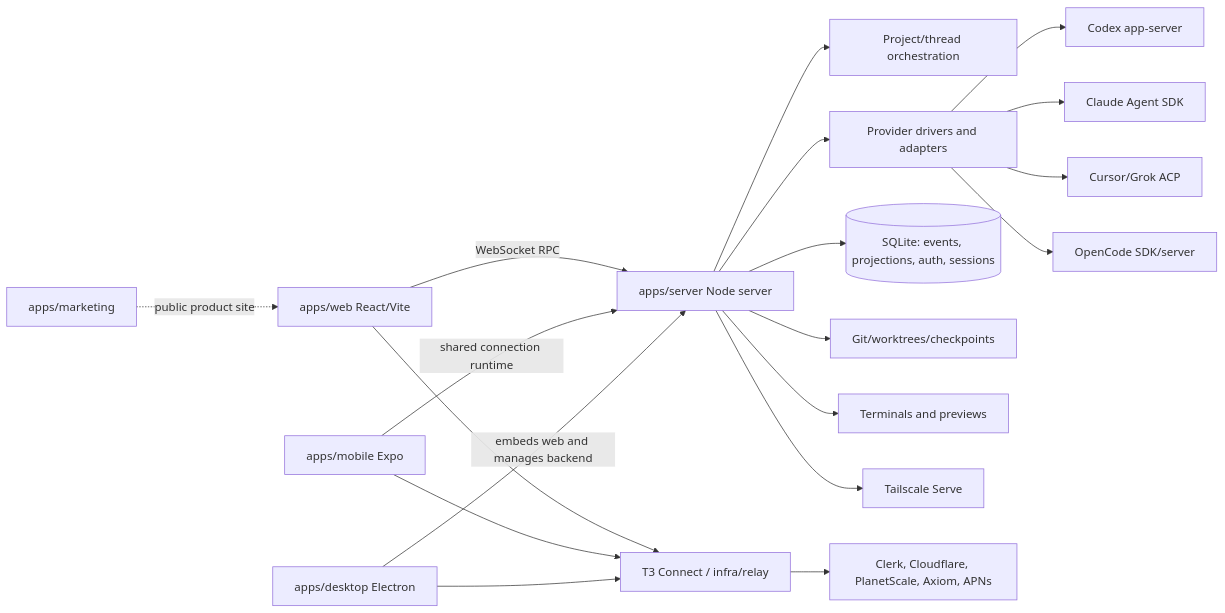
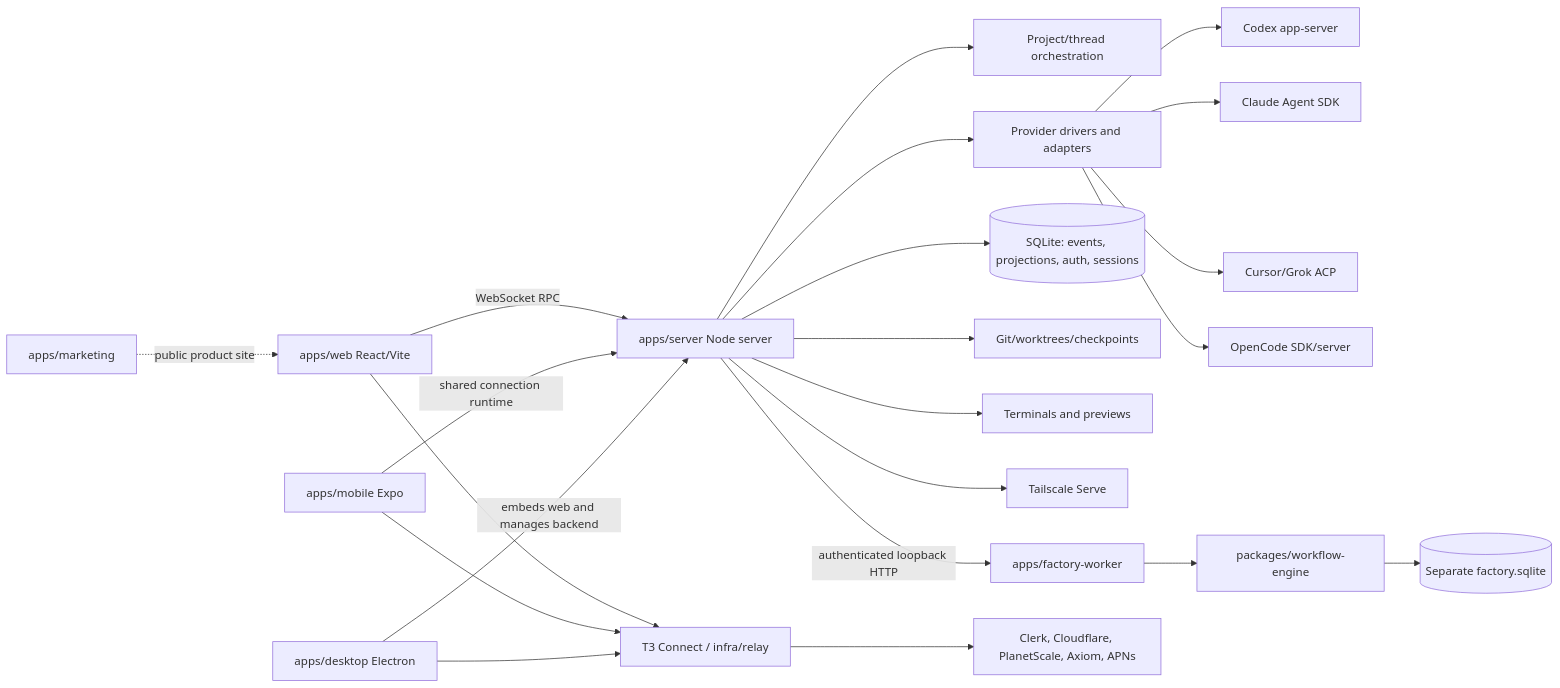
The first of 3 diagrams in docs/mkcode/CURRENT_ARCHITECTURE.md (mkagp/mkcode), drawn with Mermaid before and after one commit. The commit also changed other lines of this file and 10 other files, not shown here.

First line of the commit message:
Document factory worker ownership boundaries

````diff
--- a/docs/mkcode/CURRENT_ARCHITECTURE.md
+++ b/docs/mkcode/CURRENT_ARCHITECTURE.md
@@ -17,19 +17,22 @@
 ```mermaid
 flowchart LR
     Web[apps/web React/Vite] -->|WebSocket RPC| Server[apps/server Node server]
     Mobile[apps/mobile Expo] -->|shared connection runtime| Server
     Desktop[apps/desktop Electron] -->|embeds web and manages backend| Server
     Server --> Interactive[Project/thread orchestration]
     Server --> Providers[Provider drivers and adapters]
     Providers --> Codex[Codex app-server]
     Providers --> Claude[Claude Agent SDK]
     Providers --> ACP[Cursor/Grok ACP]
     Providers --> OpenCode[OpenCode SDK/server]
     Server --> SQLite[(SQLite: events, projections, auth, sessions)]
     Server --> Git[Git/worktrees/checkpoints]
     Server --> PTY[Terminals and previews]
     Server --> Tailscale[Tailscale Serve]
+    Server -->|authenticated loopback HTTP| Worker[apps/factory-worker]
+    Worker --> Engine[packages/workflow-engine]
+    Engine --> FactorySQLite[(Separate factory.sqlite)]
     Web & Mobile & Desktop --> Relay[T3 Connect / infra/relay]
     Relay --> Cloud[Clerk, Cloudflare, PlanetScale, Axiom, APNs]
     Marketing[apps/marketing] -. public product site .-> Web
 ```
````
